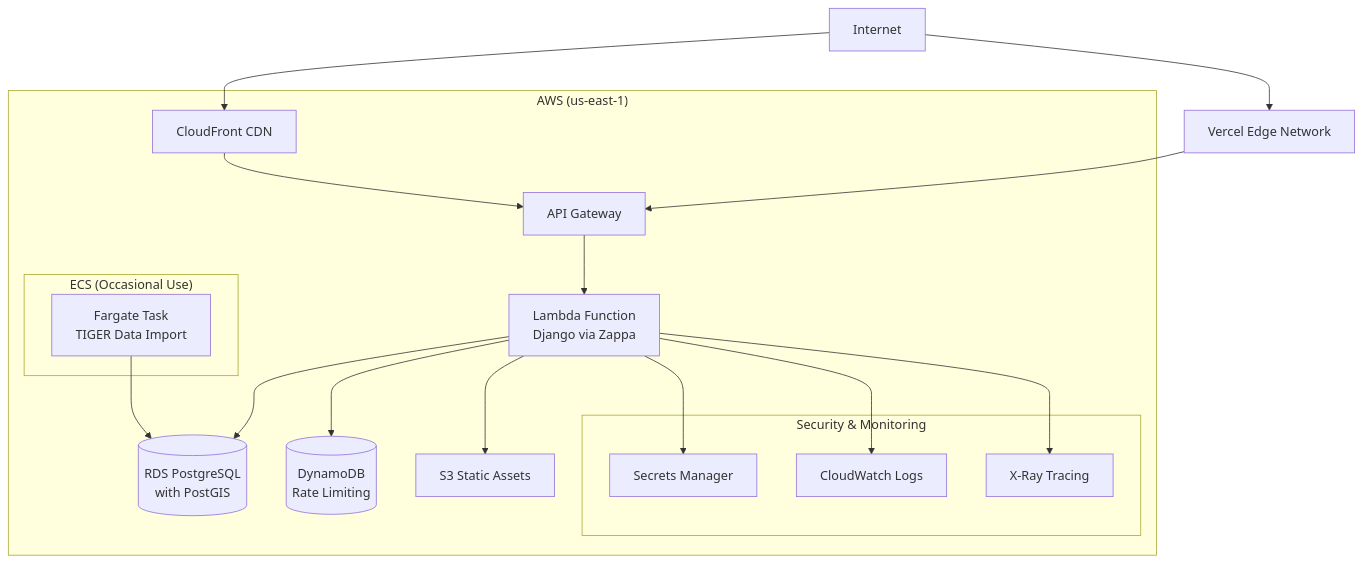
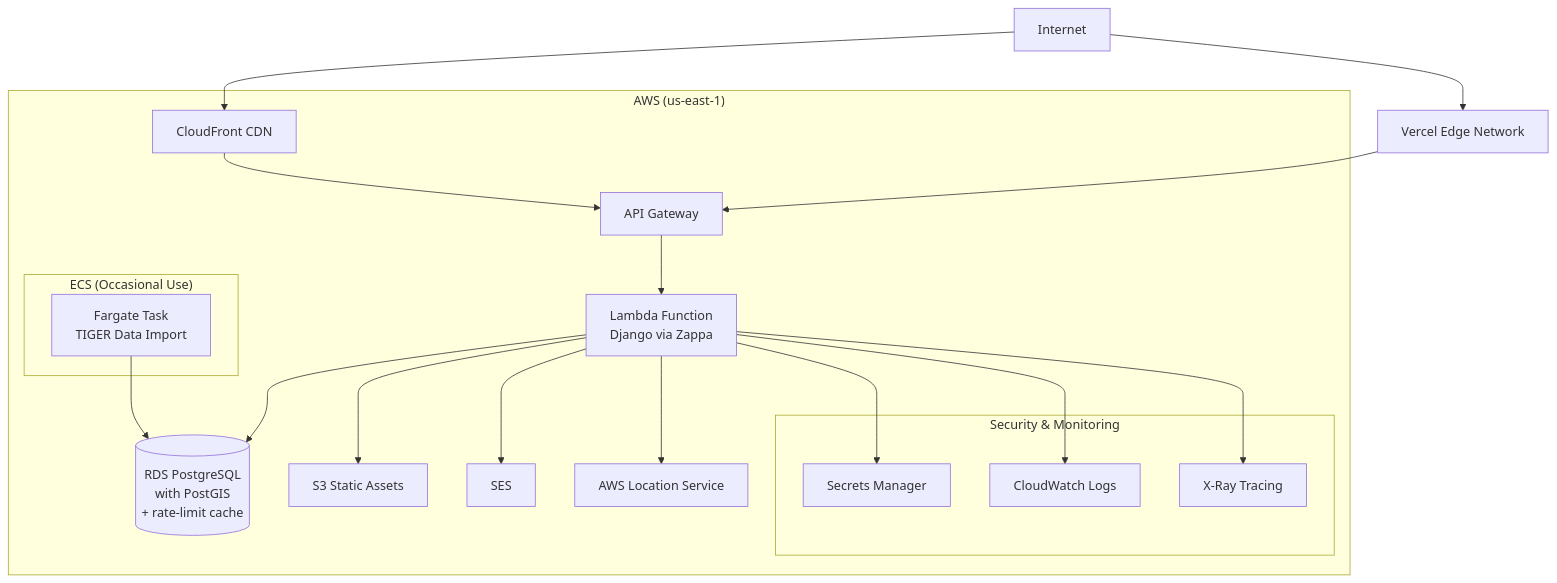
One commit to lhadjchikh/coalition-builder changed the diagram in docs/deployment/aws.md. Above: the diagram before and after it, drawn with Mermaid. The commit also changed other lines of this file and 12 other files, not shown here.

````diff
--- a/docs/deployment/aws.md
+++ b/docs/deployment/aws.md
@@ -9,33 +9,34 @@
 ```mermaid
 %%{init: {'theme':'basic'}}%%
 flowchart TB
     internet[Internet] --> cloudfront[CloudFront CDN]
     internet --> vercel[Vercel Edge Network]
 
     subgraph aws["AWS (us-east-1)"]
         cloudfront --> apigateway[API Gateway]
         apigateway --> lambda[Lambda Function<br/>Django via Zappa]
 
-        lambda --> rds[(RDS PostgreSQL<br/>with PostGIS)]
-        lambda --> dynamodb[(DynamoDB<br/>Rate Limiting)]
+        lambda --> rds[(RDS PostgreSQL<br/>with PostGIS<br/>+ rate-limit cache)]
         lambda --> s3_static[S3 Static Assets]
+        lambda --> ses[SES]
+        lambda --> geo[AWS Location Service]
 
         subgraph ecs_occasional["ECS (Occasional Use)"]
             ecs_task[Fargate Task<br/>TIGER Data Import]
         end
 
         ecs_task --> rds
 
         subgraph security["Security & Monitoring"]
             secrets[Secrets Manager]
             cloudwatch[CloudWatch Logs]
             xray[X-Ray Tracing]
         end
 
         lambda --> secrets
         lambda --> cloudwatch
         lambda --> xray
     end
 
     vercel --> apigateway
 ```
````
